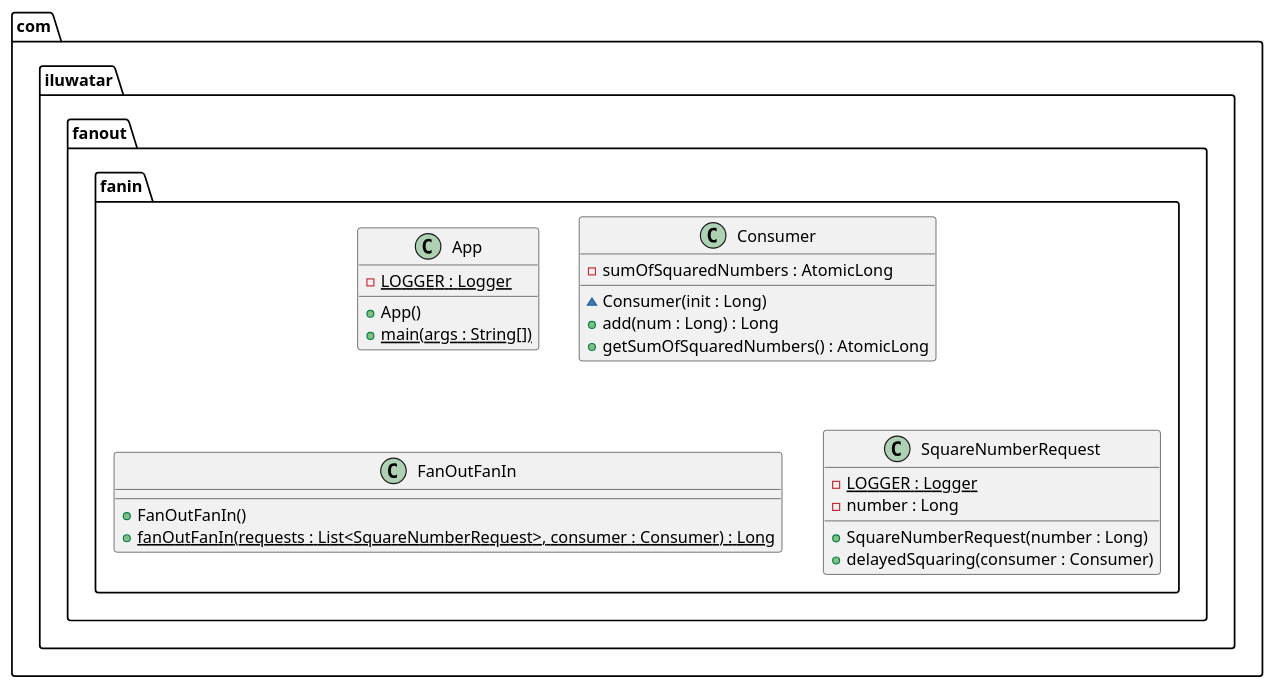
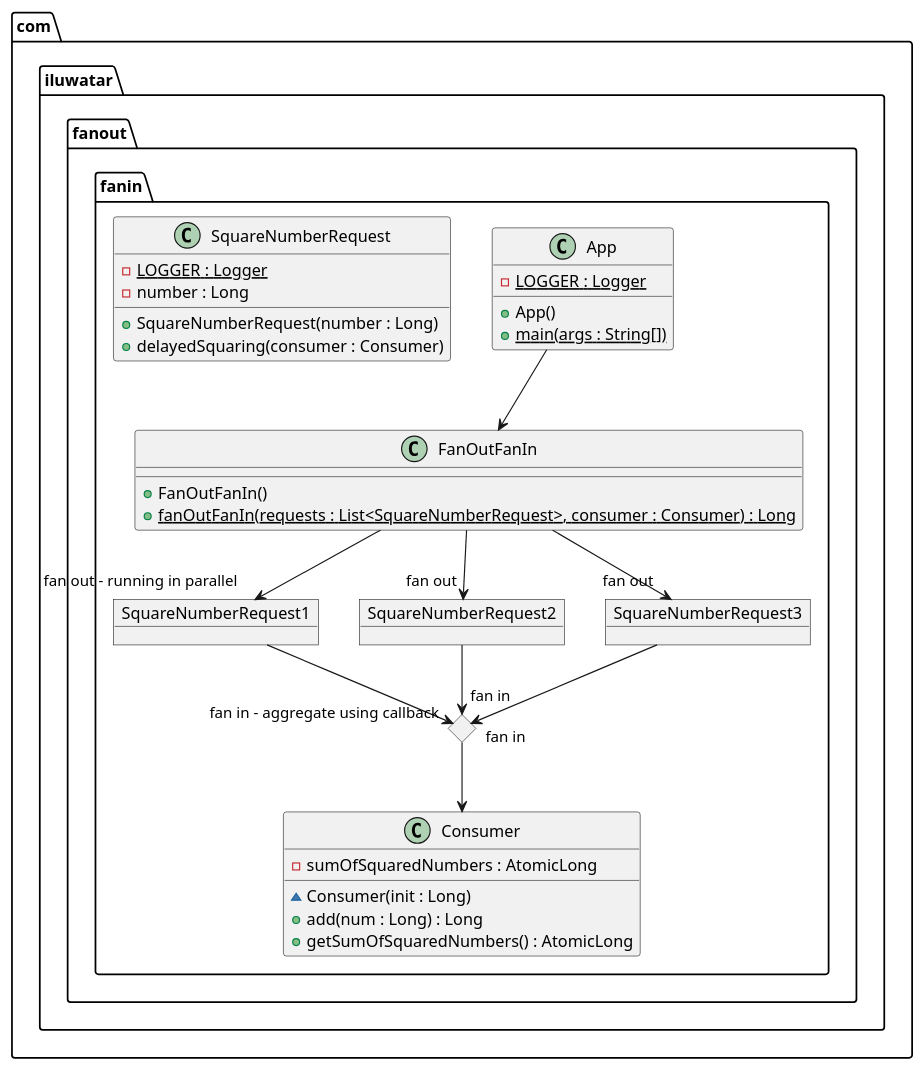
The diagram in fanout-fanin/etc/fanout-fanin.urm.puml (karthikbhat13/java-design-patterns), drawn with PlantUML before and after one commit. The commit also changed 1 other file, not shown here.

```diff
--- a/fanout-fanin/etc/fanout-fanin.urm.puml
+++ b/fanout-fanin/etc/fanout-fanin.urm.puml
@@ -1,25 +1,39 @@
 @startuml
 package com.iluwatar.fanout.fanin {
   class App {
     - LOGGER : Logger {static}
     + App()
     + main(args : String[]) {static}
   }
   class Consumer {
     - sumOfSquaredNumbers : AtomicLong
     ~ Consumer(init : Long)
     + add(num : Long) : Long
     + getSumOfSquaredNumbers() : AtomicLong
   }
   class FanOutFanIn {
     + FanOutFanIn()
     + fanOutFanIn(requests : List<SquareNumberRequest>, consumer : Consumer) : Long {static}
   }
   class SquareNumberRequest {
     - LOGGER : Logger {static}
     - number : Long
     + SquareNumberRequest(number : Long)
     + delayedSquaring(consumer : Consumer)
   }
+
+  object SquareNumberRequest1
+  object SquareNumberRequest2
+  object SquareNumberRequest3
+  diamond dia
 }
+
+App --> FanOutFanIn
+FanOutFanIn --> "fan out - running in parallel" SquareNumberRequest1
+FanOutFanIn --> "fan out" SquareNumberRequest2
+FanOutFanIn --> "fan out" SquareNumberRequest3
+SquareNumberRequest1 --> "fan in - aggregate using callback" dia
+SquareNumberRequest2 --> "fan in" dia
+SquareNumberRequest3 --> "fan in" dia
+dia --> Consumer
 @enduml
```
